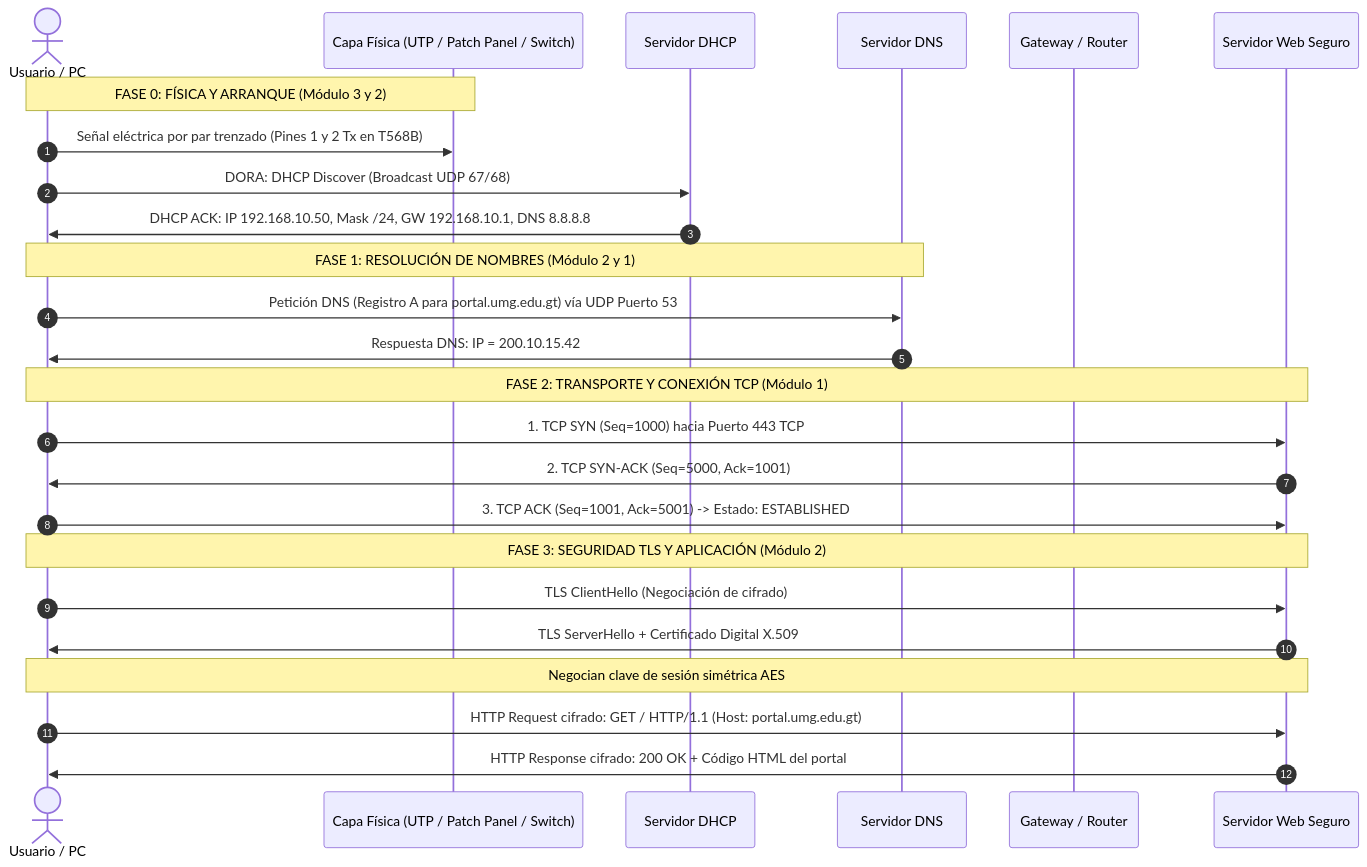
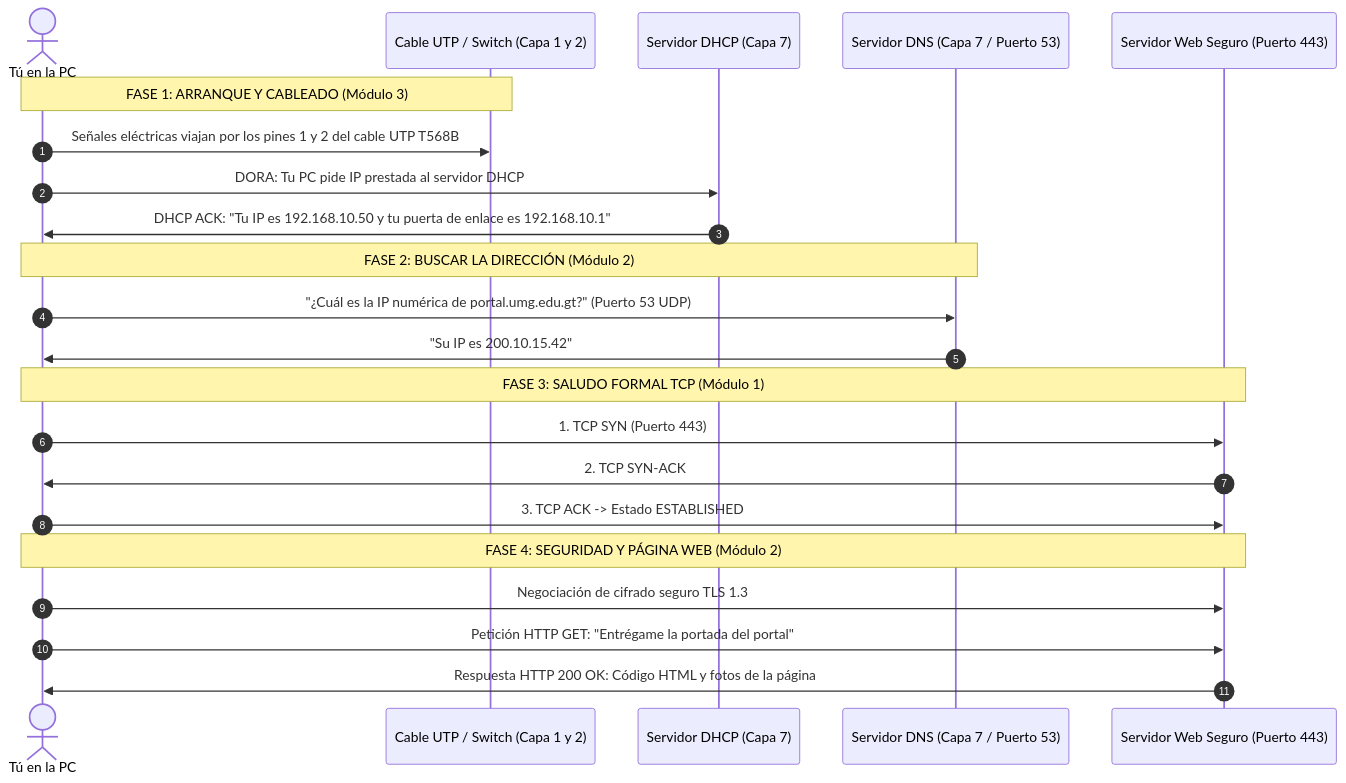
The third of 3 diagrams in Teoria/00_Integracion_Entre_Capas_Modelo_TCP_IP.md (ch4rf/redes-computadoras), drawn with Mermaid before and after one commit. The commit also changed other lines of this file and 14 other files, not shown here.

````diff
--- a/Teoria/00_Integracion_Entre_Capas_Modelo_TCP_IP.md
+++ b/Teoria/00_Integracion_Entre_Capas_Modelo_TCP_IP.md
@@ -83,31 +98,28 @@
 ```mermaid
 sequenceDiagram
     autonumber
-    actor User as Usuario / PC
-    participant Cable as Capa Física (UTP / Patch Panel / Switch)
-    participant DHCP as Servidor DHCP
-    participant DNS as Servidor DNS
-    participant Router as Gateway / Router
-    participant Server as Servidor Web Seguro
+    actor Tu as Tú en la PC
+    participant Cable as Cable UTP / Switch (Capa 1 y 2)
+    participant DHCP as Servidor DHCP (Capa 7)
+    participant DNS as Servidor DNS (Capa 7 / Puerto 53)
+    participant Web as Servidor Web Seguro (Puerto 443)
 
-    Note over User,Cable: FASE 0: FÍSICA Y ARRANQUE (Módulo 3 y 2)
-    User->>Cable: Señal eléctrica por par trenzado (Pines 1 y 2 Tx en T568B)
-    User->>DHCP: DORA: DHCP Discover (Broadcast UDP 67/68)
-    DHCP->>User: DHCP ACK: IP 192.168.10.50, Mask /24, GW 192.168.10.1, DNS 8.8.8.8
+    Note over Tu,Cable: FASE 1: ARRANQUE Y CABLEADO (Módulo 3)
+    Tu->>Cable: Señales eléctricas viajan por los pines 1 y 2 del cable UTP T568B
+    Tu->>DHCP: DORA: Tu PC pide IP prestada al servidor DHCP
+    DHCP->>Tu: DHCP ACK: "Tu IP es 192.168.10.50 y tu puerta de enlace es 192.168.10.1"
 
-    Note over User,DNS: FASE 1: RESOLUCIÓN DE NOMBRES (Módulo 2 y 1)
-    User->>DNS: Petición DNS (Registro A para portal.umg.edu.gt) vía UDP Puerto 53
-    DNS->>User: Respuesta DNS: IP = 200.10.15.42
+    Note over Tu,DNS: FASE 2: BUSCAR LA DIRECCIÓN (Módulo 2)
+    Tu->>DNS: "¿Cuál es la IP numérica de portal.umg.edu.gt?" (Puerto 53 UDP)
+    DNS->>Tu: "Su IP es 200.10.15.42"
 
-    Note over User,Server: FASE 2: TRANSPORTE Y CONEXIÓN TCP (Módulo 1)
-    User->>Server: 1. TCP SYN (Seq=1000) hacia Puerto 443 TCP
-    Server->>User: 2. TCP SYN-ACK (Seq=5000, Ack=1001)
-    User->>Server: 3. TCP ACK (Seq=1001, Ack=5001) -> Estado: ESTABLISHED
+    Note over Tu,Web: FASE 3: SALUDO FORMAL TCP (Módulo 1)
+    Tu->>Web: 1. TCP SYN (Puerto 443)
+    Web->>Tu: 2. TCP SYN-ACK
+    Tu->>Web: 3. TCP ACK -> Estado ESTABLISHED
 
-    Note over User,Server: FASE 3: SEGURIDAD TLS Y APLICACIÓN (Módulo 2)
-    User->>Server: TLS ClientHello (Negociación de cifrado)
-    Server->>User: TLS ServerHello + Certificado Digital X.509
-    Note over User,Server: Negocian clave de sesión simétrica AES
-    User->>Server: HTTP Request cifrado: GET / HTTP/1.1 (Host: portal.umg.edu.gt)
-    Server->>User: HTTP Response cifrado: 200 OK + Código HTML del portal
+    Note over Tu,Web: FASE 4: SEGURIDAD Y PÁGINA WEB (Módulo 2)
+    Tu->>Web: Negociación de cifrado seguro TLS 1.3
+    Tu->>Web: Petición HTTP GET: "Entrégame la portada del portal"
+    Web->>Tu: Respuesta HTTP 200 OK: Código HTML y fotos de la página
 ```
````
